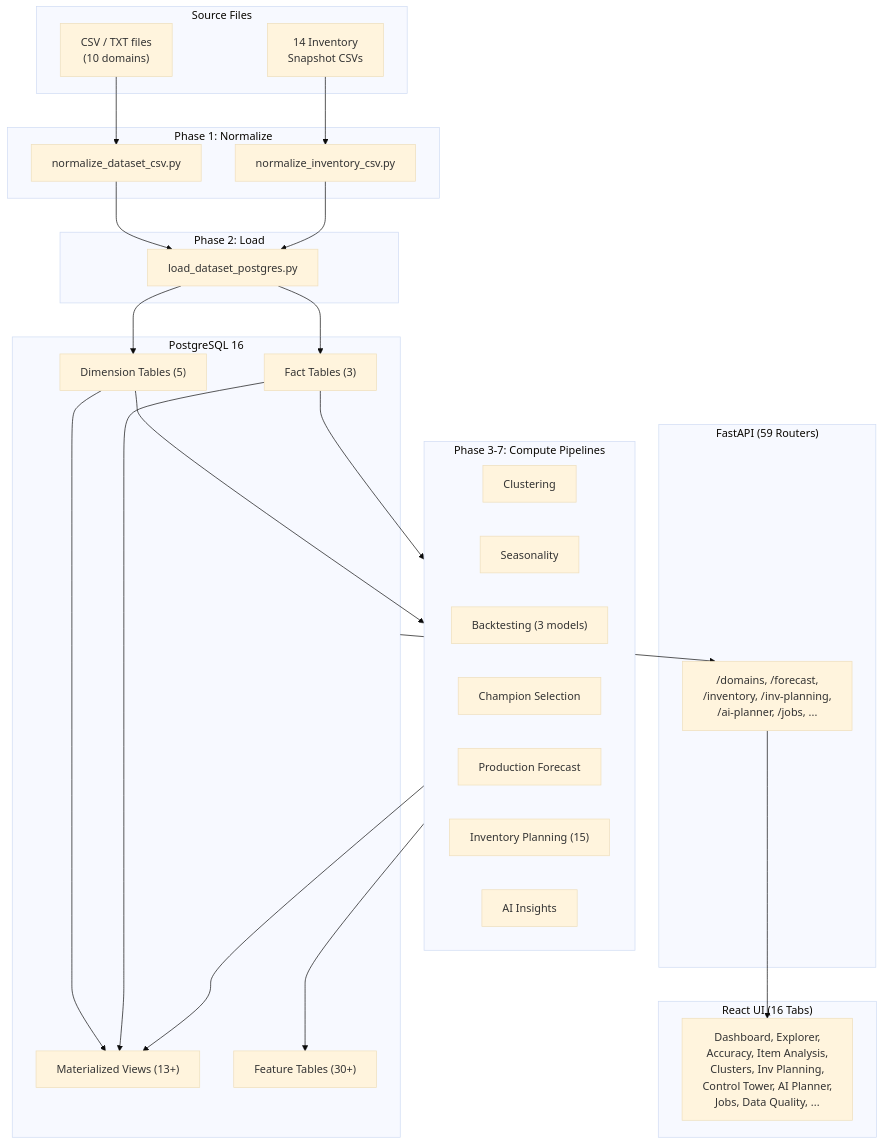
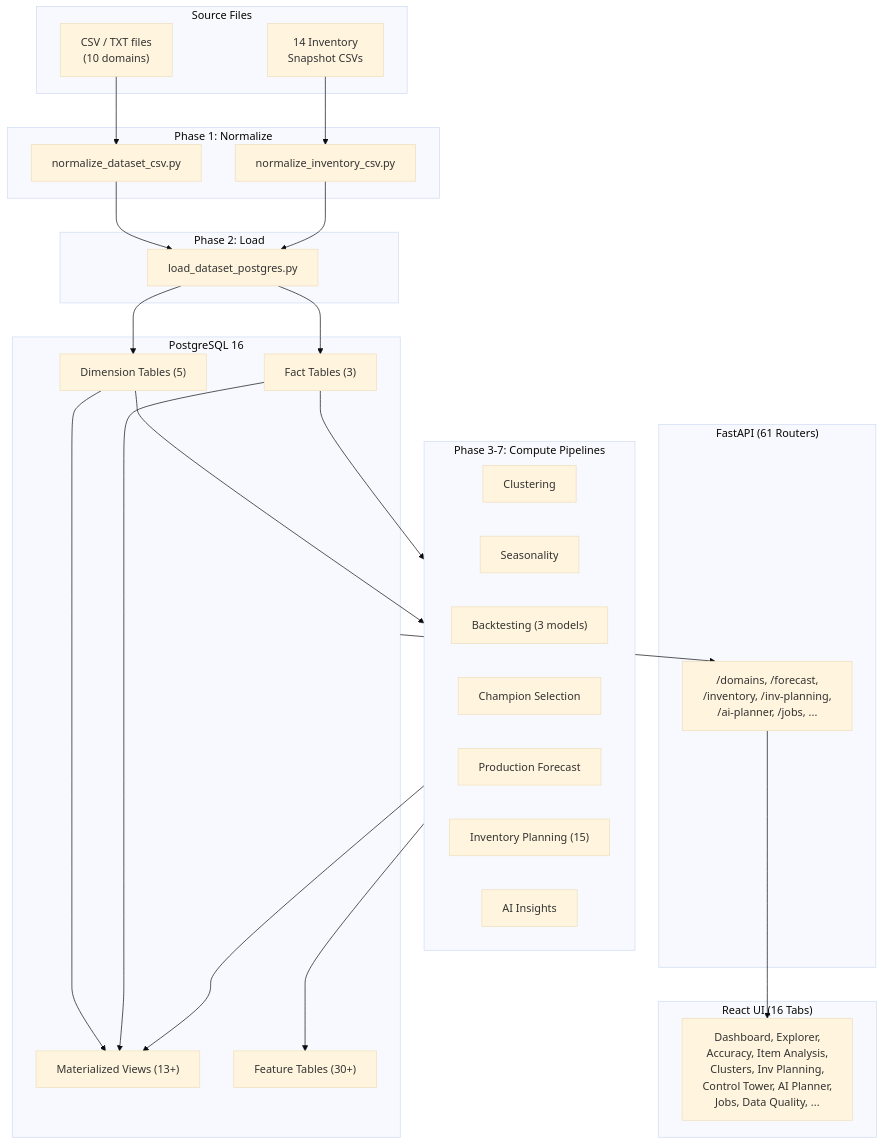
One commit to chidammano-hash/DemandProject changed the first of 4 diagrams in docs/ARCHITECTURE.md. Above: the diagram before and after it, drawn with Mermaid (base theme). The commit also changed other lines of this file and 46 other files, not shown here.

````diff
--- a/docs/ARCHITECTURE.md
+++ b/docs/ARCHITECTURE.md
@@ -29,49 +29,49 @@
 ```mermaid
 flowchart TD
     subgraph SRC["Source Files"]
         CSV["CSV / TXT files<br/>(10 domains)"]
         INV["14 Inventory<br/>Snapshot CSVs"]
     end
 
     subgraph NORM["Phase 1: Normalize"]
         N1["normalize_dataset_csv.py"]
         N2["normalize_inventory_csv.py"]
     end
 
     subgraph LOAD["Phase 2: Load"]
         L1["load_dataset_postgres.py"]
     end
 
     subgraph PG["PostgreSQL 16"]
         DIM["Dimension Tables (5)"]
         FACT["Fact Tables (3)"]
         MV["Materialized Views (13+)"]
         FEAT["Feature Tables (30+)"]
     end
 
     subgraph COMPUTE["Phase 3-7: Compute Pipelines"]
         CL["Clustering"]
         SEAS["Seasonality"]
         BT["Backtesting (3 models)"]
         CHAMP["Champion Selection"]
         PROD["Production Forecast"]
         INVP["Inventory Planning (15)"]
         AI["AI Insights"]
     end
 
-    subgraph API["FastAPI (59 Routers)"]
+    subgraph API["FastAPI (61 Routers)"]
         REST["/domains, /forecast,<br/>/inventory, /inv-planning,<br/>/ai-planner, /jobs, ..."]
     end
 
     subgraph UI["React UI (16 Tabs)"]
         TABS["Dashboard, Explorer,<br/>Accuracy, Item Analysis,<br/>Clusters, Inv Planning,<br/>Control Tower, AI Planner,<br/>Jobs, Data Quality, ..."]
     end
 
     CSV --> N1 --> L1
     INV --> N2 --> L1
     L1 --> DIM & FACT
     DIM & FACT --> MV
     DIM & FACT --> COMPUTE
     COMPUTE --> FEAT & MV
     PG --> REST --> TABS
 ```
````
